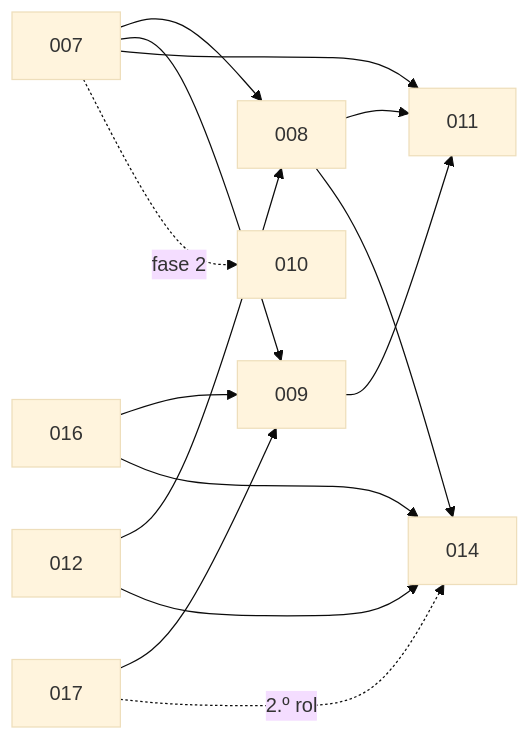
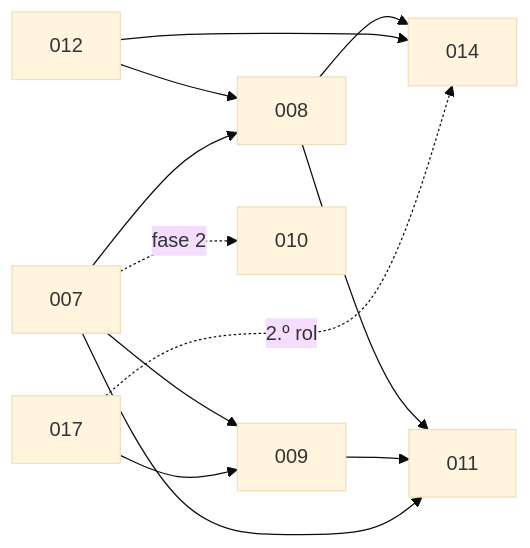
One commit to pcgarat/agent-review-langgraph changed the diagram in docs/iniciativas/README.md. Above: the diagram before and after it, drawn with Mermaid (base theme). The commit also changed other lines of this file and 10 other files, not shown here.

````diff
--- a/docs/iniciativas/README.md
+++ b/docs/iniciativas/README.md
@@ -33,16 +33,14 @@
 ```mermaid
 flowchart LR
     I012["012"] --> I008["008"]
     I007["007"] --> I008["008"]
     I007["007"] --> I009["009"]
-    I016["016"] --> I009["009"]
     I017["017"] --> I009["009"]
     I008["008"] --> I011["011"]
     I009["009"] --> I011["011"]
     I007["007"] --> I011["011"]
     I008["008"] --> I014["014"]
     I012["012"] --> I014["014"]
-    I016["016"] --> I014["014"]
     I017["017"] -. "2.º rol" .-> I014["014"]
     I007["007"] -. "fase 2" .-> I010["010"]
 ```
````
